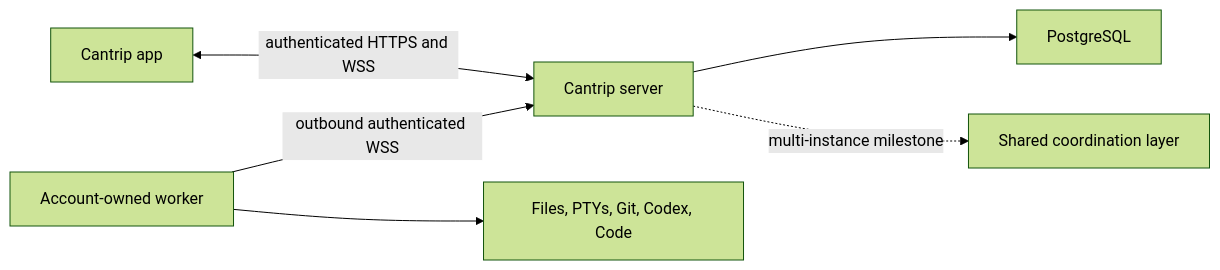
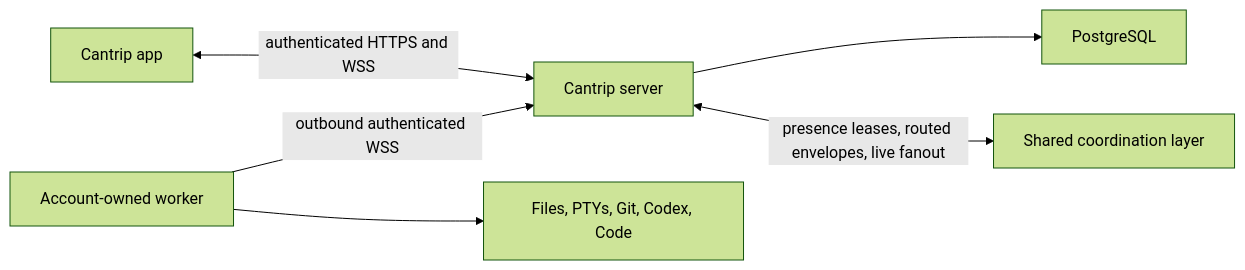
The diagram in docs/HOSTED_SECURITY_ARCHITECTURE.md (ArcaneArts/Cantrip), drawn with Mermaid (forest theme) before and after one commit. The commit also changed other lines of this file and 24 other files, not shown here.

````diff
--- a/docs/HOSTED_SECURITY_ARCHITECTURE.md
+++ b/docs/HOSTED_SECURITY_ARCHITECTURE.md
@@ -20,15 +20,15 @@
 ```mermaid
 flowchart LR
     APP["Cantrip app"]
     API["Cantrip server"]
     DB["PostgreSQL"]
     BUS["Shared coordination layer"]
     WORKER["Account-owned worker"]
     FILES["Files, PTYs, Git, Codex, Code"]
 
     APP <-->|"authenticated HTTPS and WSS"| API
     API --> DB
-    API -.->|"multi-instance milestone"| BUS
+    API <-->|"presence leases, routed envelopes, live fanout"| BUS
     WORKER -->|"outbound authenticated WSS"| API
     WORKER --> FILES
 ```
````
